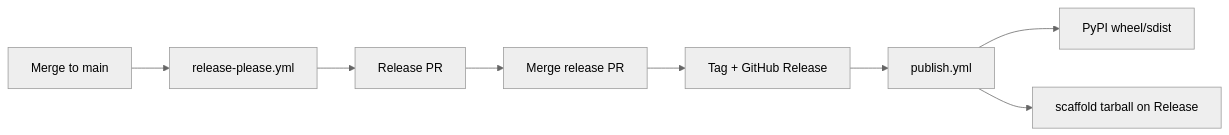
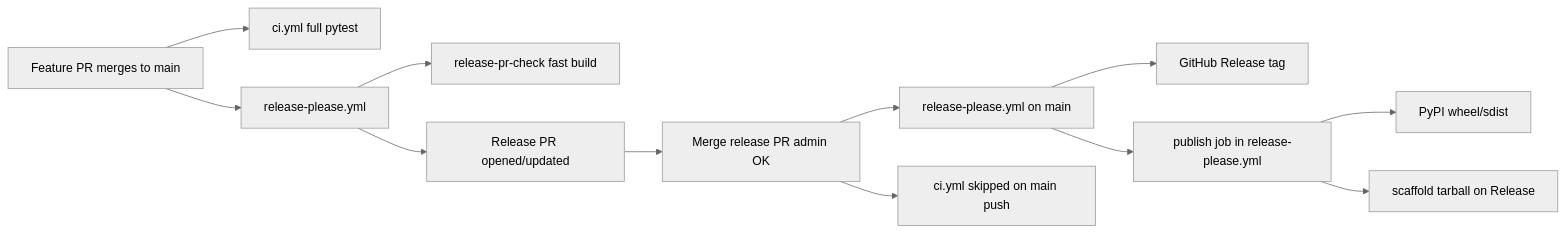
Before and after one commit to mtopcu1/loco-llm: the diagram in docs/RELEASE_SETUP.md, drawn with Mermaid (neutral theme). The commit also changed other lines of this file and 5 other files, not shown here.

First line of the commit message:
ci(release): skip redundant CI on release merges and chain publish

````diff
--- a/docs/RELEASE_SETUP.md
+++ b/docs/RELEASE_SETUP.md
@@ -76,10 +80,14 @@
 ```mermaid
 flowchart LR
-  merge[Merge to main] --> rp[release-please.yml]
-  rp --> pr[Release PR]
-  pr --> mergeRP[Merge release PR]
-  mergeRP --> tag[Tag + GitHub Release]
-  tag --> pub[publish.yml]
+  feat[Feature PR merges to main] --> ci[ci.yml full pytest]
+  feat --> rp[release-please.yml]
+  rp --> rpc[release-pr-check fast build]
+  rp --> relpr[Release PR opened/updated]
+  relpr --> mergeRP[Merge release PR admin OK]
+  mergeRP --> rp2[release-please.yml on main]
+  rp2 --> rel[GitHub Release tag]
+  rp2 --> pub[publish job in release-please.yml]
   pub --> pypi[PyPI wheel/sdist]
   pub --> assets[scaffold tarball on Release]
+  mergeRP --> skip[ci.yml skipped on main push]
 ```
````
